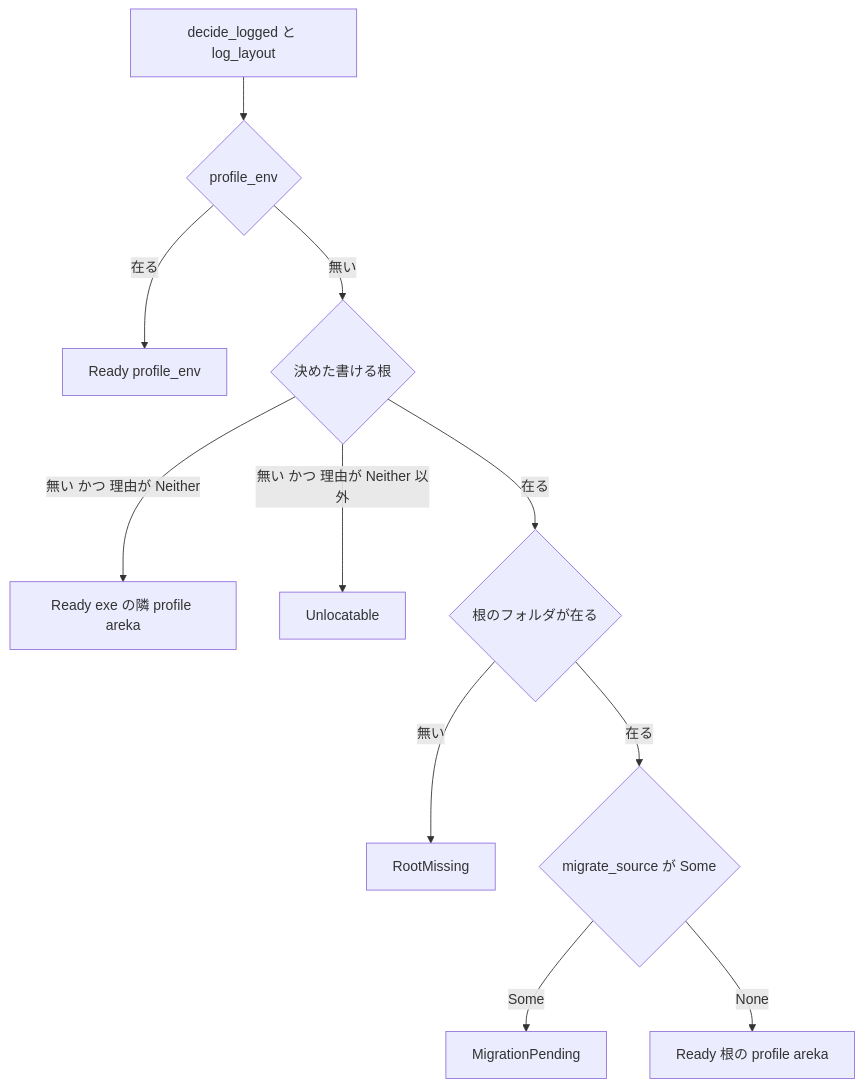
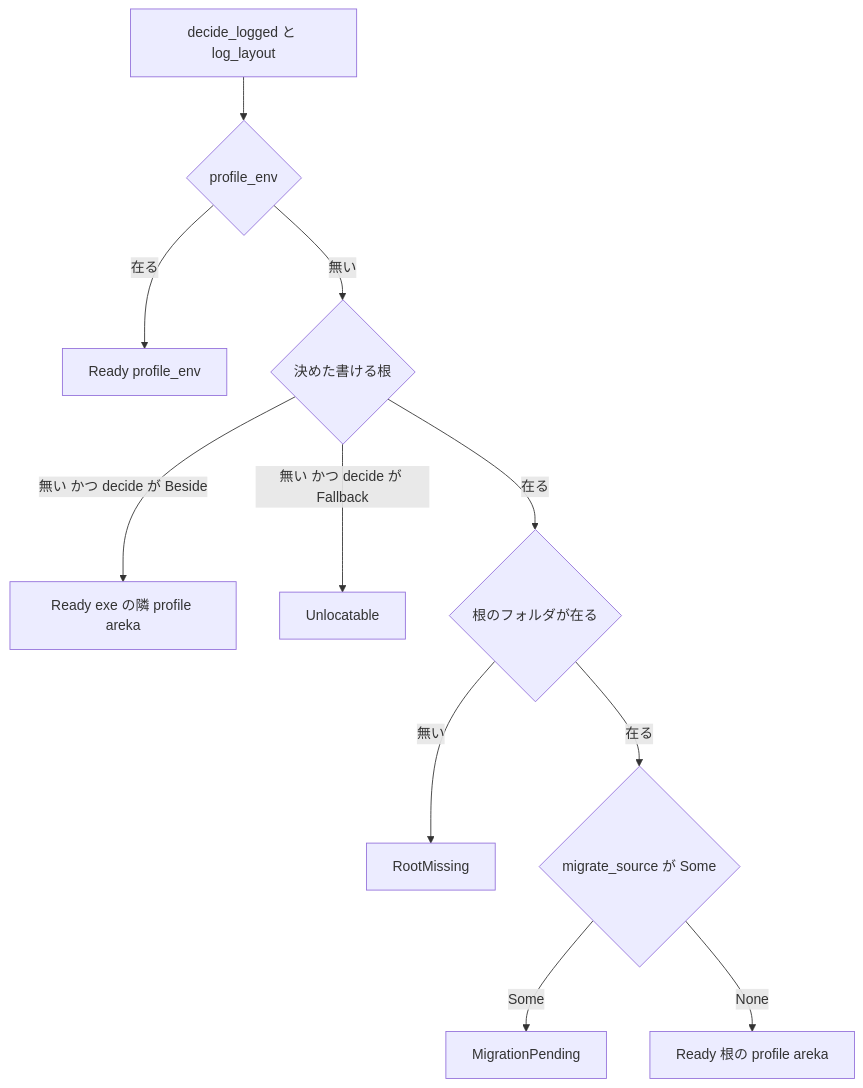
The third of 3 diagrams in .kiro/specs/bridge-store-user-root/design.md (ekicyou/areka), drawn with Mermaid before and after one commit. The commit also changed other lines of this file, not shown here.

Commit message:
docs(bridge-store-user-root): fix obvious issues in design

````diff
--- a/.kiro/specs/bridge-store-user-root/design.md
+++ b/.kiro/specs/bridge-store-user-root/design.md
@@ -197,13 +196,13 @@
 ```mermaid
 flowchart TD
     S[decide_logged と log_layout] --> PE{profile_env}
     PE -- 在る --> R1[Ready profile_env]
     PE -- 無い --> Root{決めた書ける根}
-    Root -- 無い かつ 理由が Neither --> R2[Ready exe の隣 profile areka]
-    Root -- 無い かつ 理由が Neither 以外 --> U[Unlocatable]
+    Root -- 無い かつ decide が Beside --> R2[Ready exe の隣 profile areka]
+    Root -- 無い かつ decide が Fallback --> U[Unlocatable]
     Root -- 在る --> IsDir{根のフォルダが在る}
     IsDir -- 無い --> RM[RootMissing]
     IsDir -- 在る --> MS{migrate_source が Some}
     MS -- Some --> MP[MigrationPending]
     MS -- None --> R3[Ready 根の profile areka]
 ```
````
